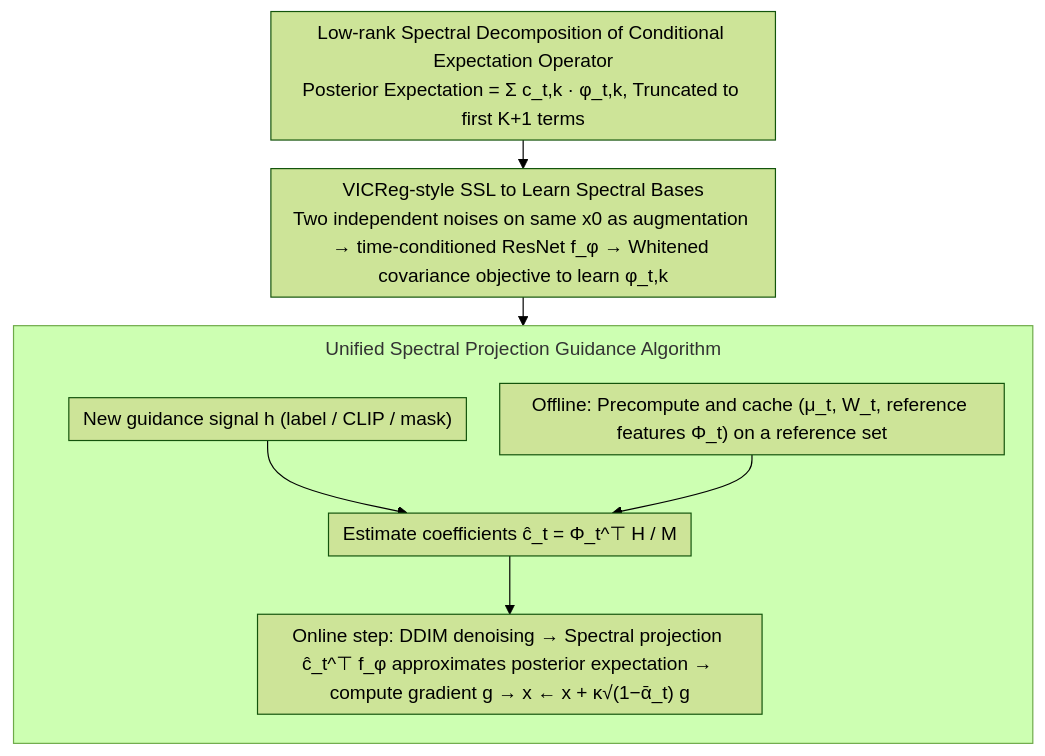
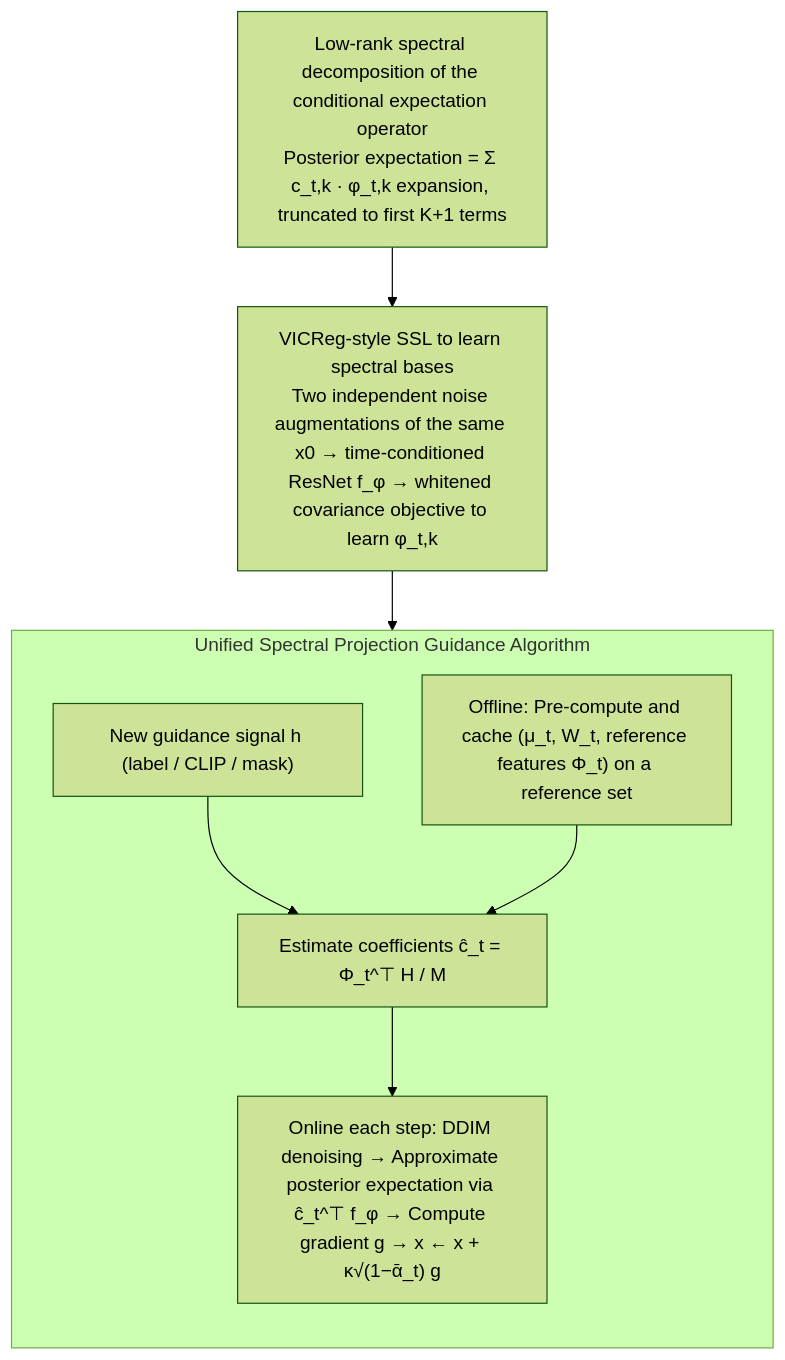
The diagram in docs/ICML2026/image_generation/spectral_guidance_for_flexible_and_efficient_control_of_diffusion_models.md (zhaoyang97/Paper-Notes-en), drawn with Mermaid (forest theme) before and after one commit. The commit also changed other lines of this file and 5084 other files, not shown here.

````diff
--- a/docs/ICML2026/image_generation/spectral_guidance_for_flexible_and_efficient_control_of_diffusion_models.md
+++ b/docs/ICML2026/image_generation/spectral_guidance_for_flexible_and_efficient_control_of_diffusion_models.md
@@ -43,14 +43,13 @@
 ```mermaid
-%%{init: {'flowchart': {'rankSpacing': 24, 'nodeSpacing': 28, 'padding': 6, 'wrappingWidth': 400, 'subGraphTitleMargin': {'top': 8, 'bottom': 16}}}}%%
 flowchart TD
-    OP["Low-rank Spectral Decomposition of Conditional Expectation Operator<br/>Posterior Expectation = Σ c_t,k · φ_t,k, Truncated to first K+1 terms"]
-    OP --> SSL["VICReg-style SSL to Learn Spectral Bases<br/>Two independent noises on same x0 as augmentation → time-conditioned ResNet f_φ → Whitened covariance objective to learn φ_t,k"]
+    OP["Low-rank spectral decomposition of the conditional expectation operator<br/>Posterior expectation = Σ c_t,k · φ_t,k expansion, truncated to first K+1 terms"]
+    OP --> SSL["VICReg-style SSL to learn spectral bases<br/>Two independent noise augmentations of the same x0 → time-conditioned ResNet f_φ → whitened covariance objective to learn φ_t,k"]
     subgraph ALG["Unified Spectral Projection Guidance Algorithm"]
         direction TB
-        PRE["Offline: Precompute and cache (μ_t, W_t, reference features Φ_t) on a reference set"]
+        PRE["Offline: Pre-compute and cache (μ_t, W_t, reference features Φ_t) on a reference set"]
         H["New guidance signal h (label / CLIP / mask)"] --> COEF["Estimate coefficients ĉ_t = Φ_t^⊤ H / M"]
         PRE --> COEF
-        COEF --> STEP["Online step: DDIM denoising → Spectral projection ĉ_t^⊤ f_φ approximates posterior expectation → compute gradient g → x ← x + κ√(1−ᾱ_t) g"]
+        COEF --> STEP["Online each step: DDIM denoising → Approximate posterior expectation via ĉ_t^⊤ f_φ → Compute gradient g → x ← x + κ√(1−ᾱ_t) g"]
     end
     SSL --> PRE
 ```
````
